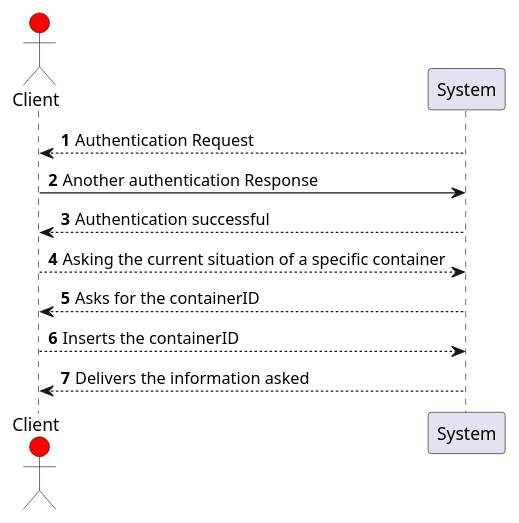
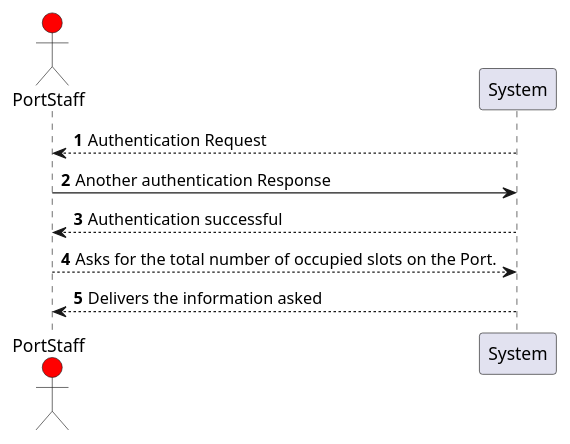
One commit to LourencoMelo/ISEP-LAPR3-ESINF changed the diagram in Docs/Sprint3/US316/ssd.puml. Above: the diagram before and after it, drawn with PlantUML. The commit also changed 12 other files, not shown here.

```diff
--- a/Docs/Sprint3/US316/ssd.puml
+++ b/Docs/Sprint3/US316/ssd.puml
@@ -1,14 +1,12 @@
 @startuml
 autonumber
 
-actor Client #red
+actor PortStaff #red
 
-System --> Client: Authentication Request
-Client -> System : Another authentication Response
-System --> Client : Authentication successful
-Client --> System : Asking the current situation of a specific container
-System --> Client : Asks for the containerID
-Client --> System : Inserts the containerID
-System --> Client : Delivers the information asked
+System --> PortStaff: Authentication Request
+PortStaff -> System : Another authentication Response
+System --> PortStaff : Authentication successful
+PortStaff --> System : Asks for the total number of occupied slots on the Port.
+System --> PortStaff : Delivers the information asked
 
 @enduml
```
